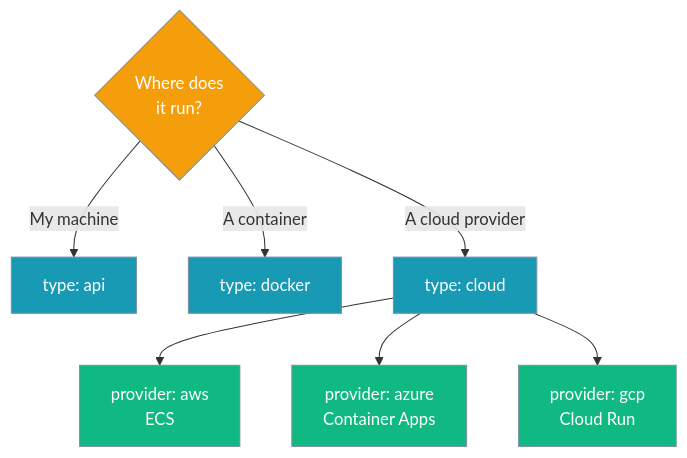
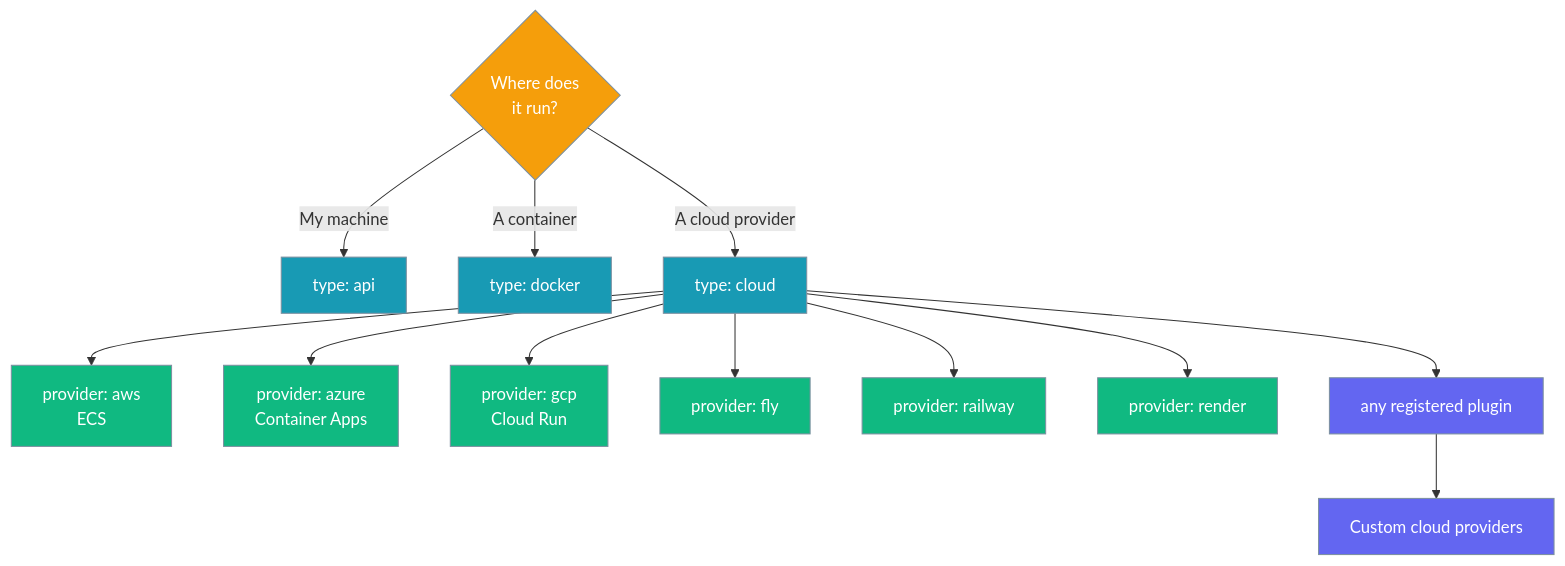
Before and after one commit to MervinPraison/PraisonAIDocs: the second of 3 diagrams in docs/features/deploy/overview.mdx, drawn with Mermaid. The commit also changed other lines of this file and 6 other files, not shown here.

First line of the commit message:
docs: document custom cloud providers via the registry (fixes #3121)

````diff
--- a/docs/features/deploy/overview.mdx
+++ b/docs/features/deploy/overview.mdx
@@ -88,18 +88,26 @@
 ```mermaid
 graph TB
     Start{Where does<br/>it run?} -->|My machine| API[type: api]
     Start -->|A container| DOCKER[type: docker]
     Start -->|A cloud provider| CLOUD[type: cloud]
 
     CLOUD --> AWS[provider: aws<br/>ECS]
     CLOUD --> AZURE[provider: azure<br/>Container Apps]
     CLOUD --> GCP[provider: gcp<br/>Cloud Run]
+    CLOUD --> FLY[provider: fly]
+    CLOUD --> RAILWAY[provider: railway]
+    CLOUD --> RENDER[provider: render]
+    CLOUD --> PLUGIN[any registered plugin]
+
+    PLUGIN --> CUSTOM[Custom cloud providers]
 
     classDef q fill:#F59E0B,stroke:#7C90A0,color:#fff
     classDef t fill:#189AB4,stroke:#7C90A0,color:#fff
     classDef p fill:#10B981,stroke:#7C90A0,color:#fff
+    classDef ext fill:#6366F1,stroke:#7C90A0,color:#fff
 
     class Start q
     class API,DOCKER,CLOUD t
-    class AWS,AZURE,GCP p
+    class AWS,AZURE,GCP,FLY,RAILWAY,RENDER p
+    class PLUGIN,CUSTOM ext
 ```
````
